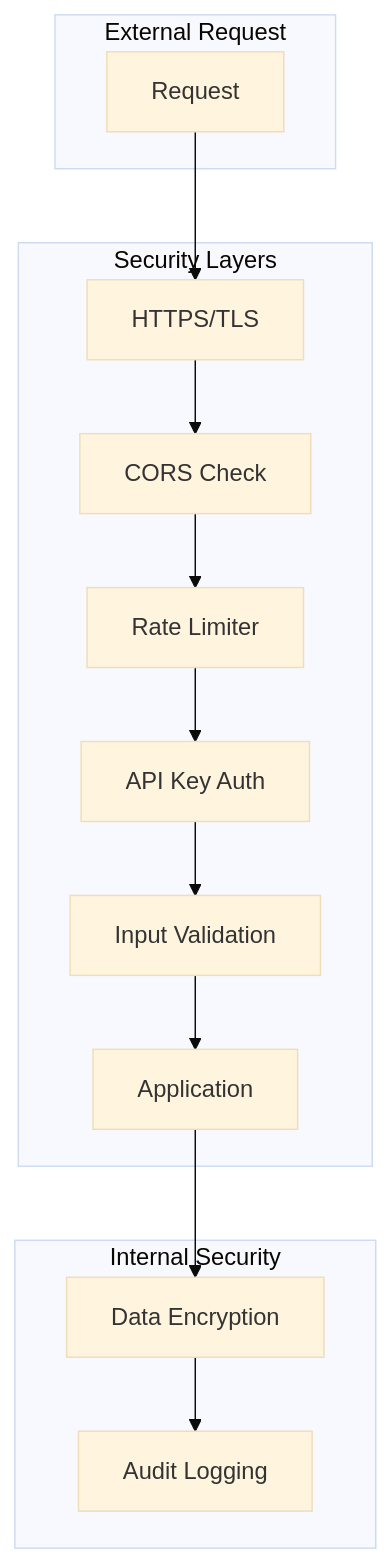
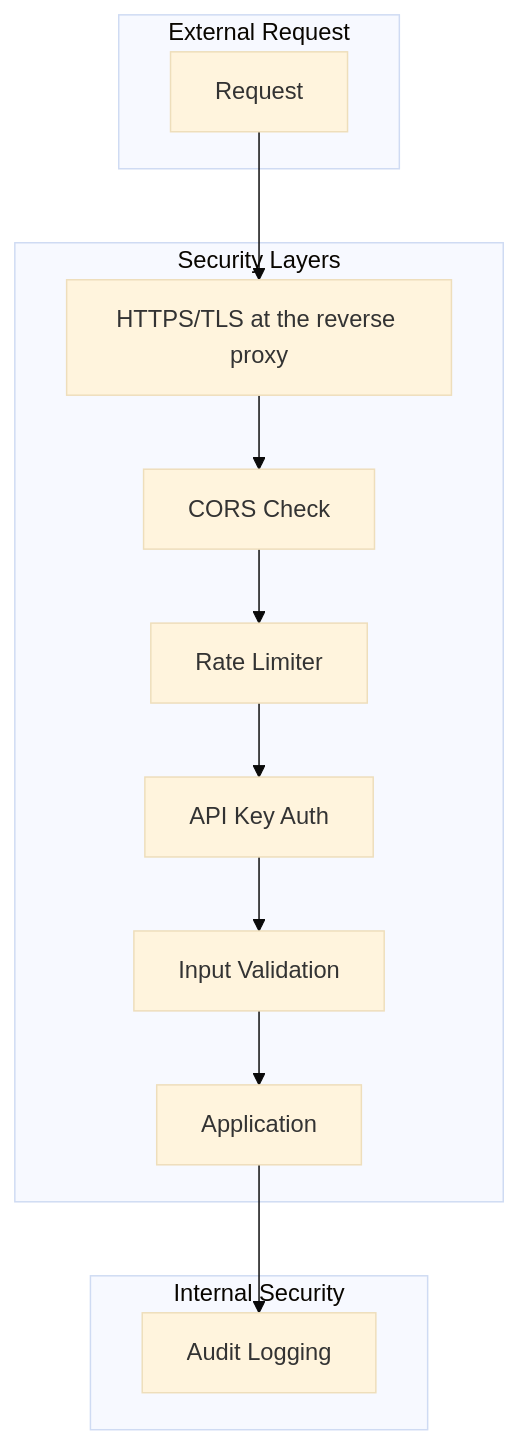
One commit to rmyndharis/OpenWA changed diagram 17 of 24 in docs/03-system-architecture.md. Above: the diagram before and after it, drawn with Mermaid (base theme). The commit also changed other lines of this file and 1 other file, not shown here.

Commit message:
docs(security): stop showing an encryption layer the gateway lacks
The security architecture diagram in the system architecture document
drew a Data Encryption step between the application and audit logging,
and the threat model in the security design mapped a data breach to an
Encryption defense. The gateway encrypts nothing at rest itself and
serves plain HTTP: the security design says so, and TLS is the
operator's reverse proxy. A reader could take the diagrams as
encryption inside the application and skip the volume or database
encryption that document recommends.

Remove the node, name the reverse proxy as the TLS layer, point to the
section that states what is and is not encrypted, and relabel the
defense against a data breach to the controls that exist (hashed keys,
TLS at the proxy).

````diff
--- a/docs/03-system-architecture.md
+++ b/docs/03-system-architecture.md
@@ -744,20 +744,19 @@
 ```mermaid
 flowchart TB
     subgraph External["External Request"]
         R[Request]
     end
 
     subgraph Security["Security Layers"]
-        R --> HTTPS[HTTPS/TLS]
+        R --> HTTPS[HTTPS/TLS at the reverse proxy]
         HTTPS --> CORS[CORS Check]
         CORS --> RATE[Rate Limiter]
         RATE --> AUTH[API Key Auth]
         AUTH --> VAL[Input Validation]
         VAL --> APP[Application]
     end
 
     subgraph Internal["Internal Security"]
-        APP --> ENC[Data Encryption]
-        ENC --> LOG[Audit Logging]
+        APP --> LOG[Audit Logging]
     end
 ```
````
